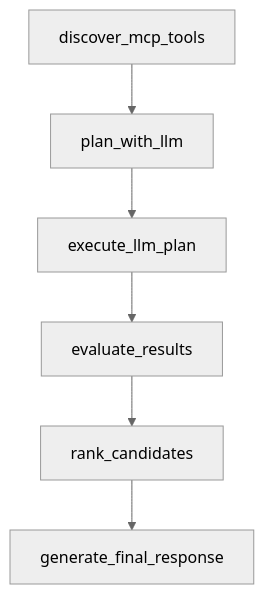
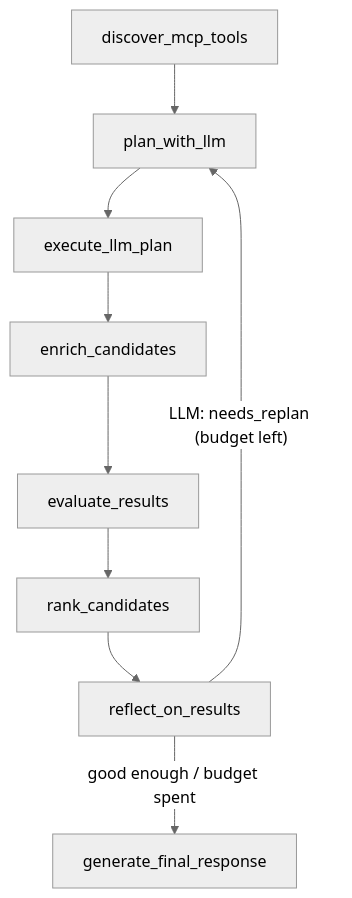
The first of 2 diagrams in apps/agent-api/docs/langgraph-agent-design.md (SIJO-TECHNOLOGY/agent0), drawn with Mermaid (neutral theme) before and after one commit. The commit also changed other lines of this file and 39 other files, not shown here.

````diff
--- a/apps/agent-api/docs/langgraph-agent-design.md
+++ b/apps/agent-api/docs/langgraph-agent-design.md
@@ -23,8 +25,11 @@
 ```mermaid
 flowchart TD
     A["discover_mcp_tools"] --> B["plan_with_llm"]
     B --> C["execute_llm_plan"]
-    C --> D["evaluate_results"]
-    D --> E["rank_candidates"]
-    E --> F["generate_final_response"]
+    C --> D["enrich_candidates"]
+    D --> E["evaluate_results"]
+    E --> F["rank_candidates"]
+    F --> G["reflect_on_results"]
+    G -->|"LLM: needs_replan (budget left)"| B
+    G -->|"good enough / budget spent"| H["generate_final_response"]
 ```
````
